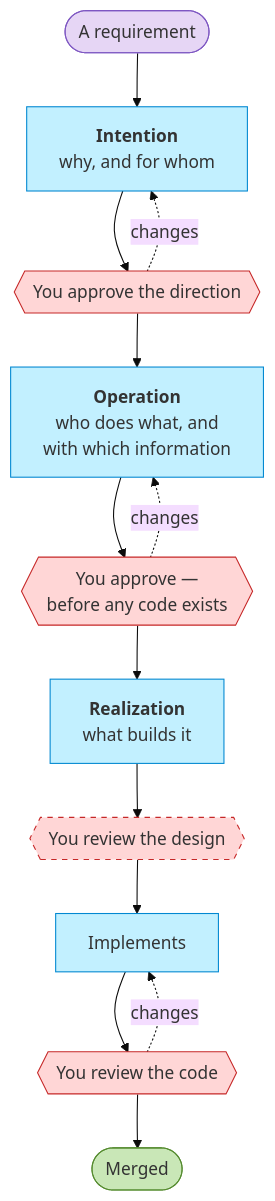
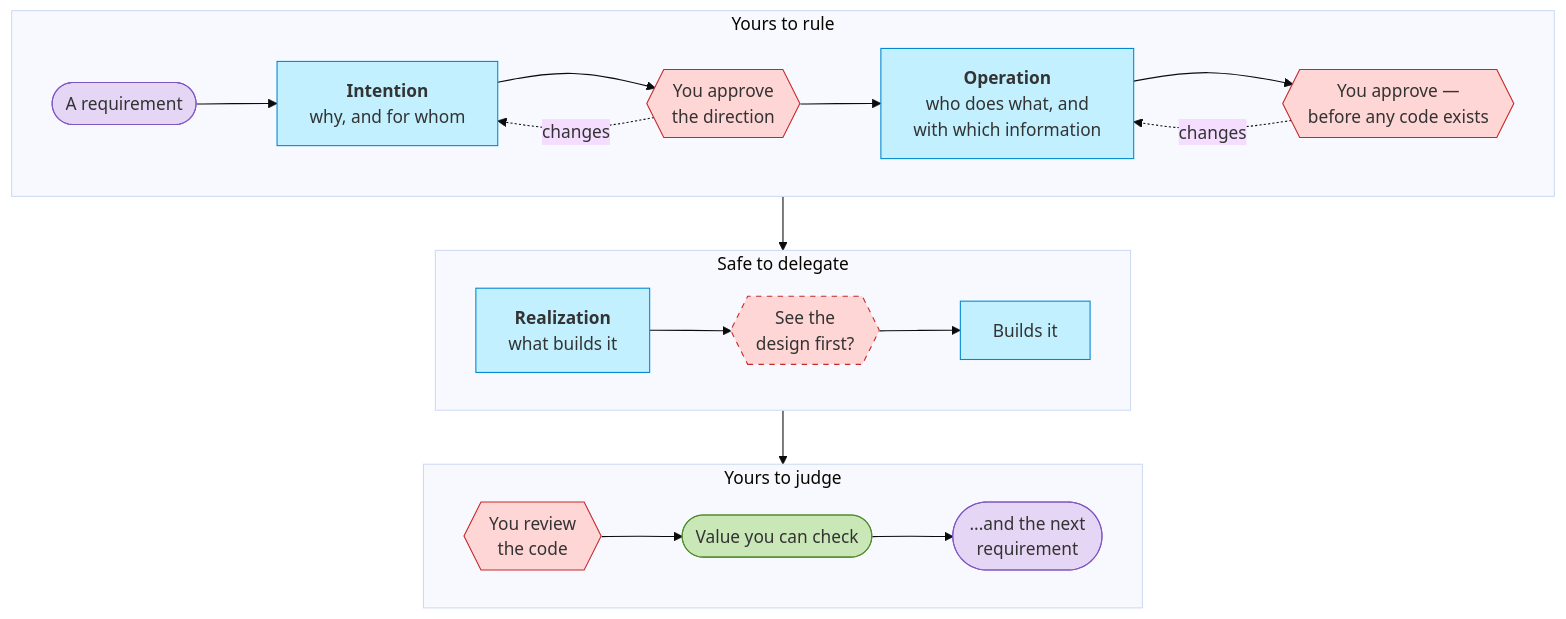
One commit to roanboc/archreator changed the diagram in README.md. Above: the diagram before and after it, drawn with Mermaid (base theme). The commit also changed other lines of this file, not shown here.

Commit message:
docs: the process as lanes, ending in value rather than a merge
Three horizontal lanes instead of one vertical chain: what you rule,
what is safe to delegate, and what you judge. The last one is the point
of the change — the diagram used to end at "Merged", which is a fact
about a repository rather than anything the requester asked for. It now
ends at value you can check, and at the next requirement that starts
from it.

Two mermaid constraints shaped this, both found by rendering rather
than by guessing: an edge crossing into a subgraph's inner node makes
the engine ignore that subgraph's direction, and a feedback edge that
closes a cycle reorders the lanes. So every cross-lane edge connects
subgraphs rather than nodes, and the loop is closed by the purple
requirement appearing at both ends instead of by an arrow.

Claude-Session: https://claude.ai/code/session_01FjJ9cwsKZtvm6sn652Xc5V

````diff
--- a/README.md
+++ b/README.md
@@ -44,27 +44,37 @@
 ```mermaid
 flowchart TB
-  req(["A requirement"]):::human
+  subgraph RULE["&nbsp;&nbsp;Yours to rule&nbsp;&nbsp;"]
+    direction LR
+    req(["A requirement"]):::human
+    intention["<b>Intention</b><br/>why, and for whom"]:::ai
+    gA{{"You approve<br/>the direction"}}:::gate
+    operation["<b>Operation</b><br/>who does what, and<br/>with which information"]:::ai
+    gB{{"You approve —<br/>before any code exists"}}:::gate
+    req --> intention --> gA --> operation --> gB
+    gA -.->|"changes"| intention
+    gB -.->|"changes"| operation
+  end
 
-  intention["<b>Intention</b><br/>why, and for whom"]:::ai
-  gA{{"You approve the direction"}}:::gate
-  operation["<b>Operation</b><br/>who does what, and<br/>with which information"]:::ai
-  gB{{"You approve —<br/>before any code exists"}}:::gate
-  realization["<b>Realization</b><br/>what builds it"]:::ai
-  gC{{"You review the design"}}:::gateopt
+  subgraph DELEGATE["&nbsp;&nbsp;Safe to delegate&nbsp;&nbsp;"]
+    direction LR
+    realization["<b>Realization</b><br/>what builds it"]:::ai
+    gC{{"See the<br/>design first?"}}:::gateopt
+    build["Builds it"]:::ai
+    realization --> gC --> build
+  end
 
-  build["Implements"]:::ai
-  review{{"You review the code"}}:::gate
-  merged(["Merged"]):::done
+  subgraph JUDGE["&nbsp;&nbsp;Yours to judge&nbsp;&nbsp;"]
+    direction LR
+    review{{"You review<br/>the code"}}:::gate
+    value(["Value you can check"]):::done
+    again(["...and the next<br/>requirement"]):::human
+    review --> value --> again
+  end
 
-  req --> intention --> gA --> operation --> gB --> realization --> gC
-  gC --> build --> review --> merged
-  gA -.->|"changes"| intention
-  gB -.->|"changes"| operation
-  review -.->|"changes"| build
-
+  RULE --> DELEGATE --> JUDGE
   classDef human fill:#e6d6f5,stroke:#7e57c2,color:#333
   classDef ai fill:#c2f0ff,stroke:#0288d1,color:#333
   classDef gate fill:#ffd6d6,stroke:#c62828,color:#333
   classDef gateopt fill:#ffd6d6,stroke:#c62828,color:#333,stroke-dasharray: 5 5
   classDef done fill:#c9e7b7,stroke:#558b2f,color:#333
 ```
````
